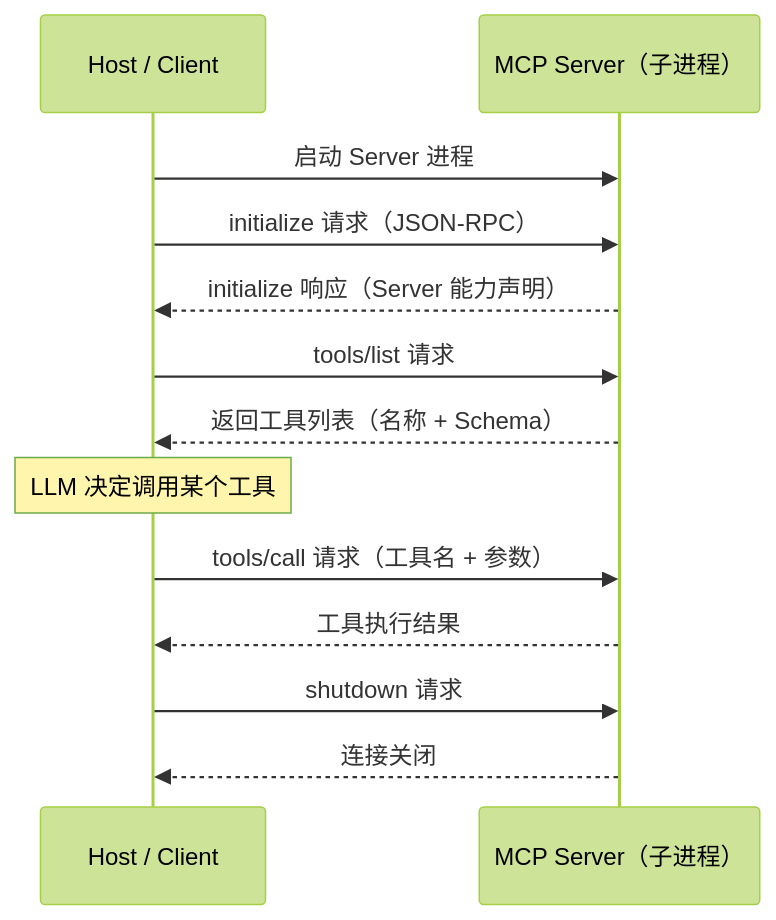
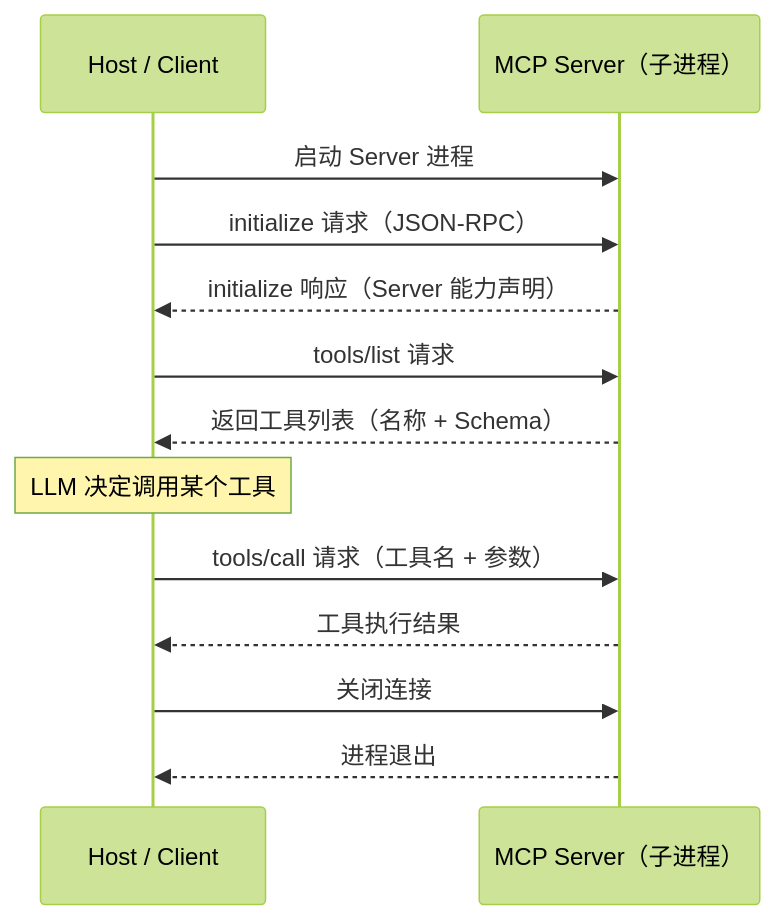
The fifth of 10 diagrams in docs/教程/11-MCP协议.md (UranusGit/java-agent-learn), drawn with Mermaid (forest theme) before and after one commit. The commit also changed other lines of this file and 244 other files, not shown here.

````diff
--- a/docs/教程/11-MCP协议.md
+++ b/docs/教程/11-MCP协议.md
@@ -138,19 +145,19 @@
 ```mermaid
 sequenceDiagram
     participant H as Host / Client
     participant S as MCP Server（子进程）
 
     H->>S: 启动 Server 进程
     H->>S: initialize 请求（JSON-RPC）
     S-->>H: initialize 响应（Server 能力声明）
-    
+
     H->>S: tools/list 请求
     S-->>H: 返回工具列表（名称 + Schema）
-    
+
     Note over H: LLM 决定调用某个工具
     H->>S: tools/call 请求（工具名 + 参数）
     S-->>H: 工具执行结果
-    
-    H->>S: shutdown 请求
-    S-->>H: 连接关闭
+
+    H->>S: 关闭连接
+    S-->>H: 进程退出
 ```
````
